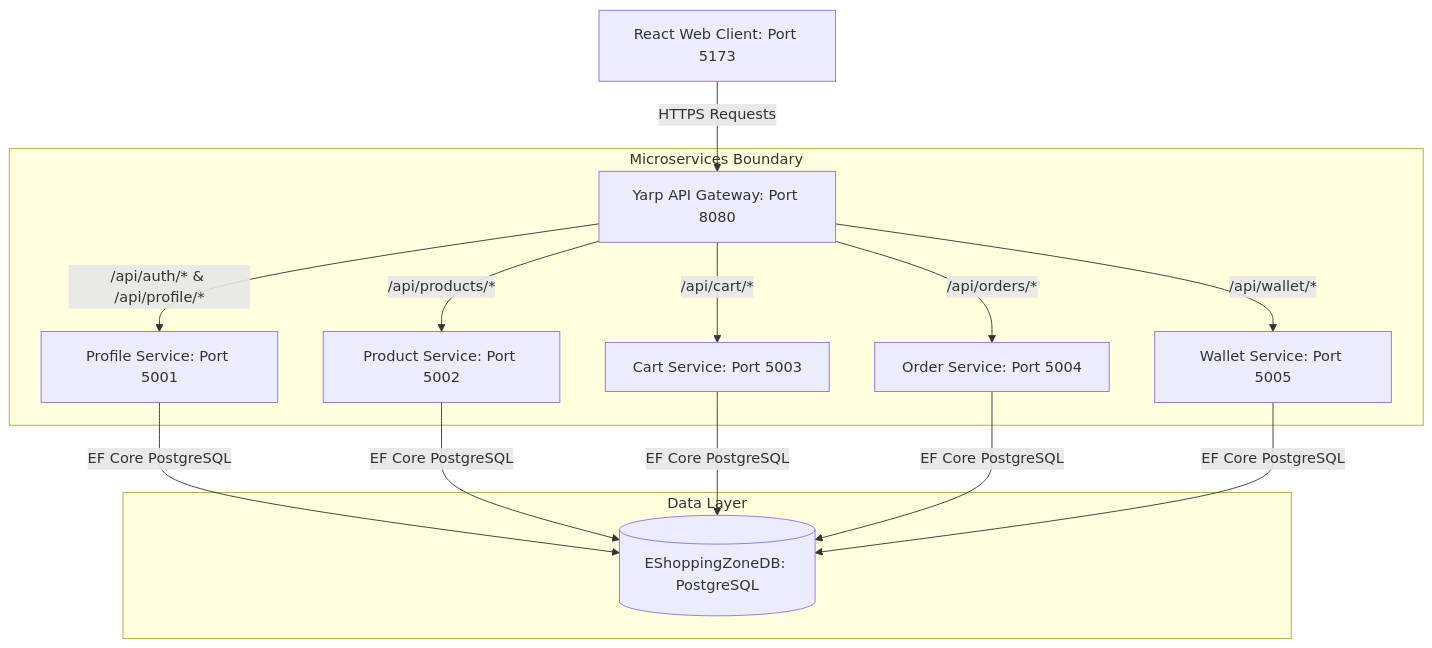
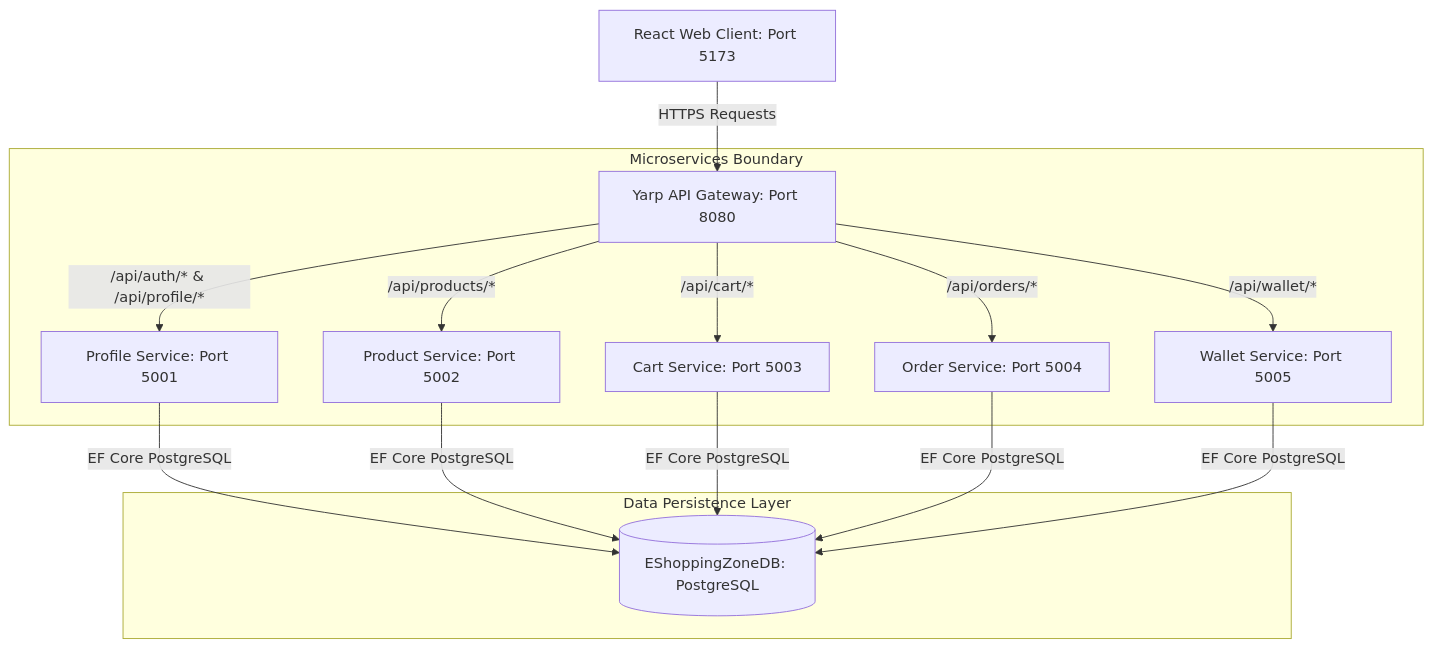
Before and after one commit to sankalp7060/Basic-Games: the first of 7 diagrams in README.md, drawn with Mermaid. The commit also changed other lines of this file, not shown here.

````diff
--- a/README.md
+++ b/README.md
@@ -13,20 +13,20 @@
 ```mermaid
 graph TD
     Client[React Web Client: Port 5173] -->|HTTPS Requests| Gateway[Yarp API Gateway: Port 8080]
     
     subgraph Microservices Boundary
         Gateway -->|/api/auth/* & /api/profile/*| Profile[Profile Service: Port 5001]
         Gateway -->|/api/products/*| Product[Product Service: Port 5002]
         Gateway -->|/api/cart/*| Cart[Cart Service: Port 5003]
         Gateway -->|/api/orders/*| Order[Order Service: Port 5004]
         Gateway -->|/api/wallet/*| Wallet[Wallet Service: Port 5005]
     end
     
-    subgraph Data Layer
+    subgraph Data Persistence Layer
         Profile -->|EF Core PostgreSQL| DB1[(EShoppingZoneDB: PostgreSQL)]
         Product -->|EF Core PostgreSQL| DB1
         Cart -->|EF Core PostgreSQL| DB1
         Order -->|EF Core PostgreSQL| DB1
         Wallet -->|EF Core PostgreSQL| DB1
     end
 ```
````
